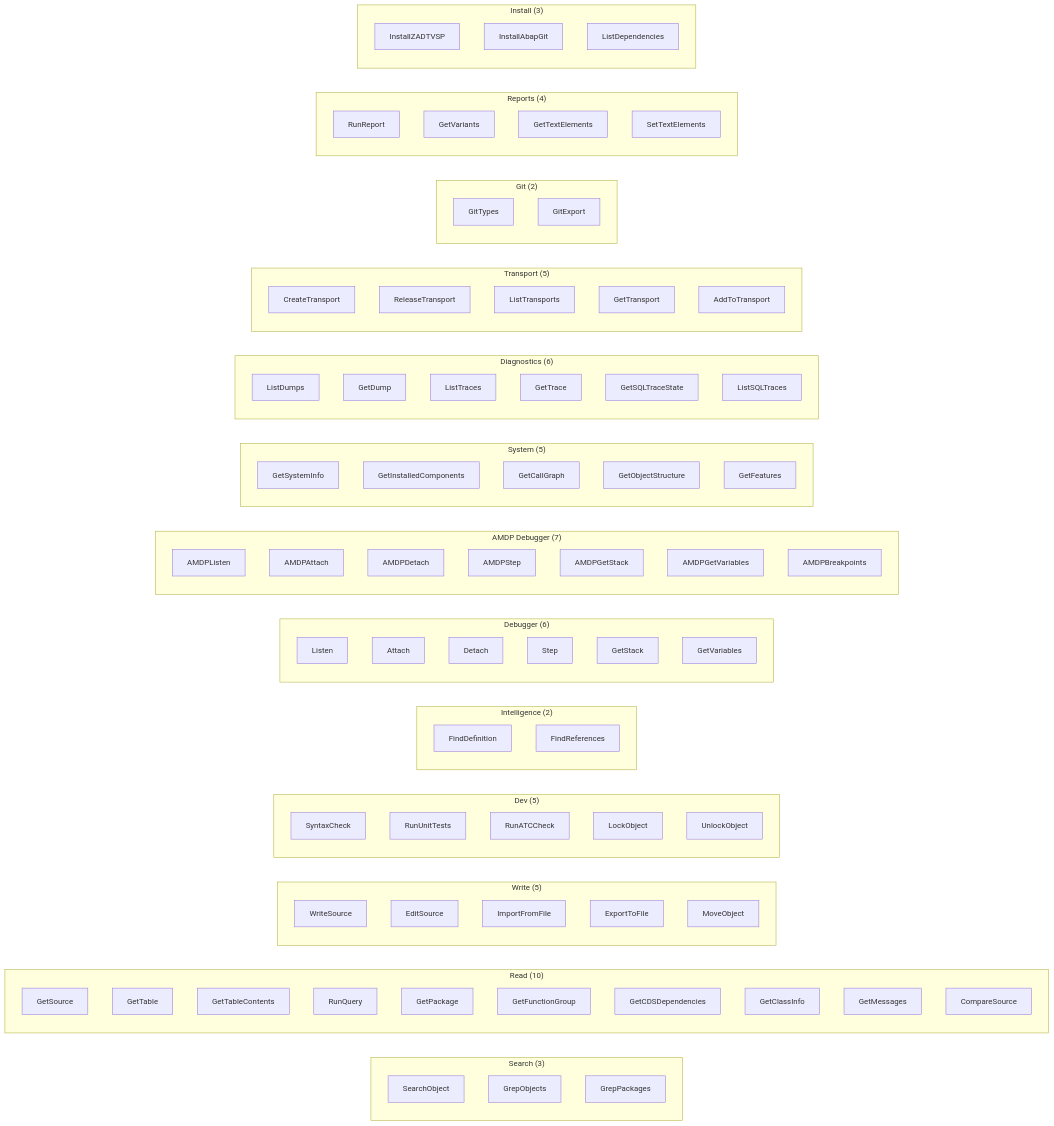
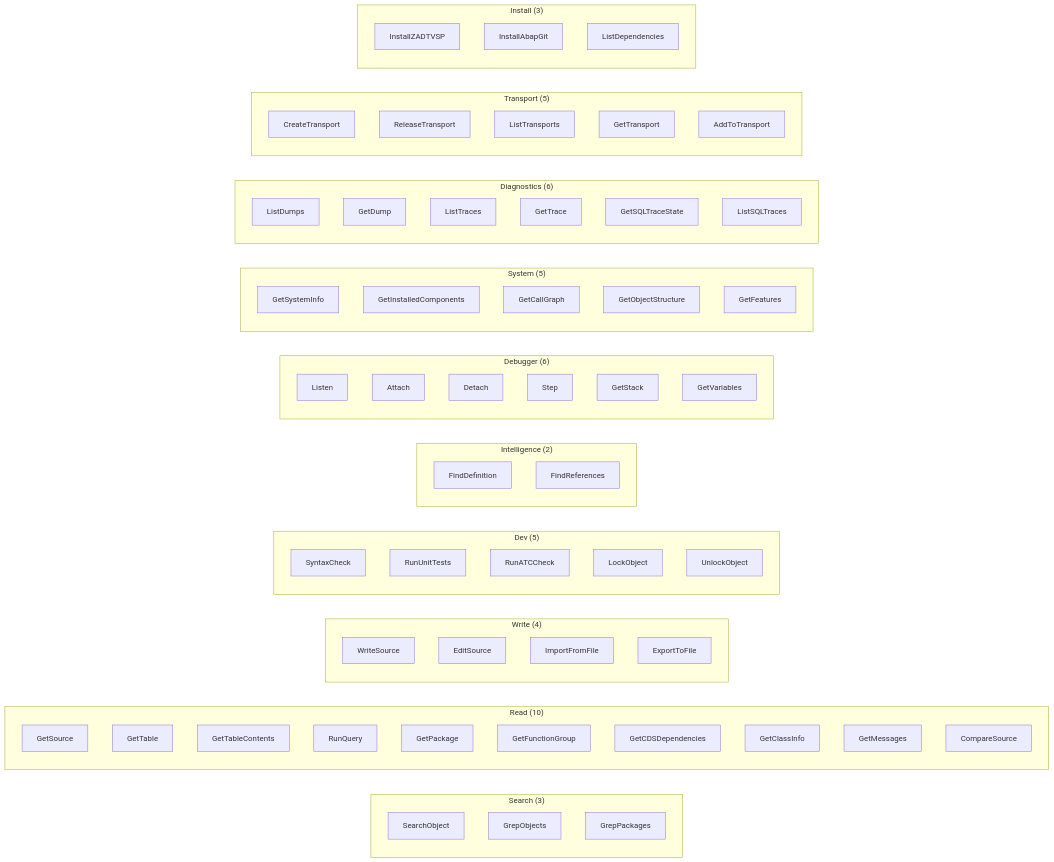
One commit to BurnerPat/vsp-enterprise changed the fourth of 7 diagrams in docs/architecture.md. Above: the diagram before and after it, drawn with Mermaid. The commit also changed other lines of this file and 29 other files, not shown here.

```diff
--- a/docs/architecture.md
+++ b/docs/architecture.md
@@ -189,12 +182,11 @@
         CS[CompareSource]
     end
 
-    subgraph Write["Write (5)"]
+    subgraph Write["Write (4)"]
         WS[WriteSource]
         ES[EditSource]
         IF[ImportFromFile]
         EF[ExportToFile]
-        MO[MoveObject]
     end
 
     subgraph Dev["Dev (5)"]
@@ -217,16 +209,6 @@
         DS[Step]
         DGS[GetStack]
         DGV[GetVariables]
-    end
-
-    subgraph AMDP["AMDP Debugger (7)"]
-        AL[AMDPListen]
-        AA[AMDPAttach]
-        AD[AMDPDetach]
-        AS[AMDPStep]
-        AGS[AMDPGetStack]
-        AGV[AMDPGetVariables]
-        ABP[AMDPBreakpoints]
     end
 
     subgraph System["System (5)"]
@@ -254,18 +236,6 @@
         ATT[AddToTransport]
     end
 
-    subgraph Git["Git (2)"]
-        GiT[GitTypes]
-        GiE[GitExport]
-    end
-
-    subgraph Reports["Reports (4)"]
-        RR[RunReport]
-        GV[GetVariants]
-        GTE[GetTextElements]
-        STE[SetTextElements]
-    end
-
     subgraph Install["Install (3)"]
         IV[InstallZADTVSP]
         IA[InstallAbapGit]
```
